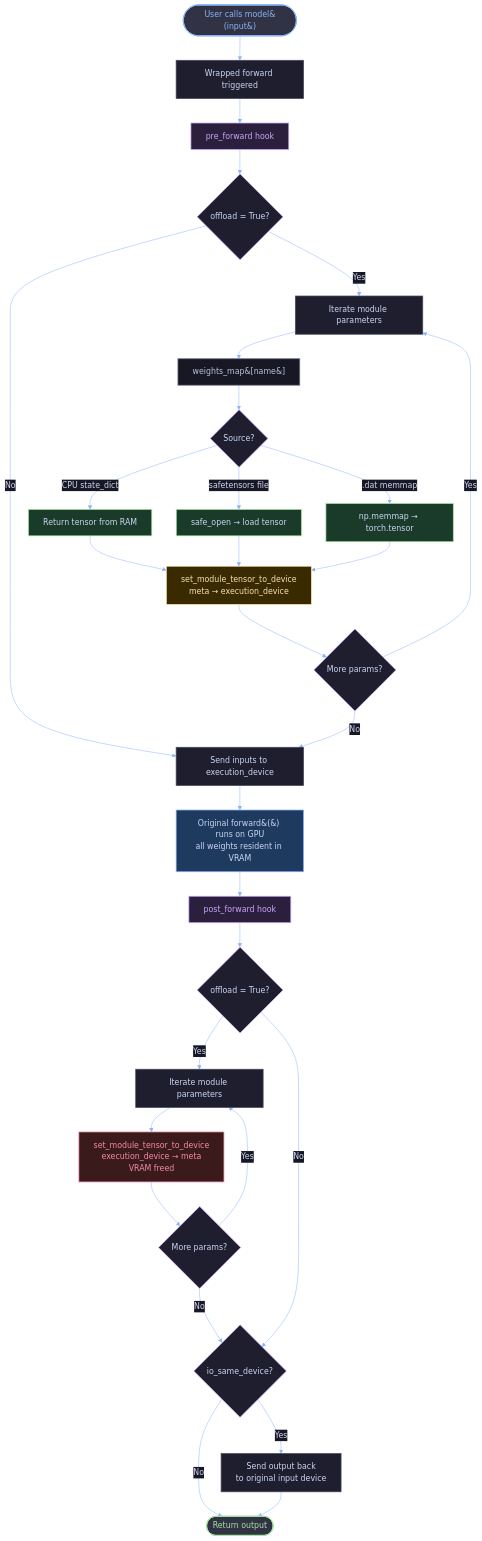
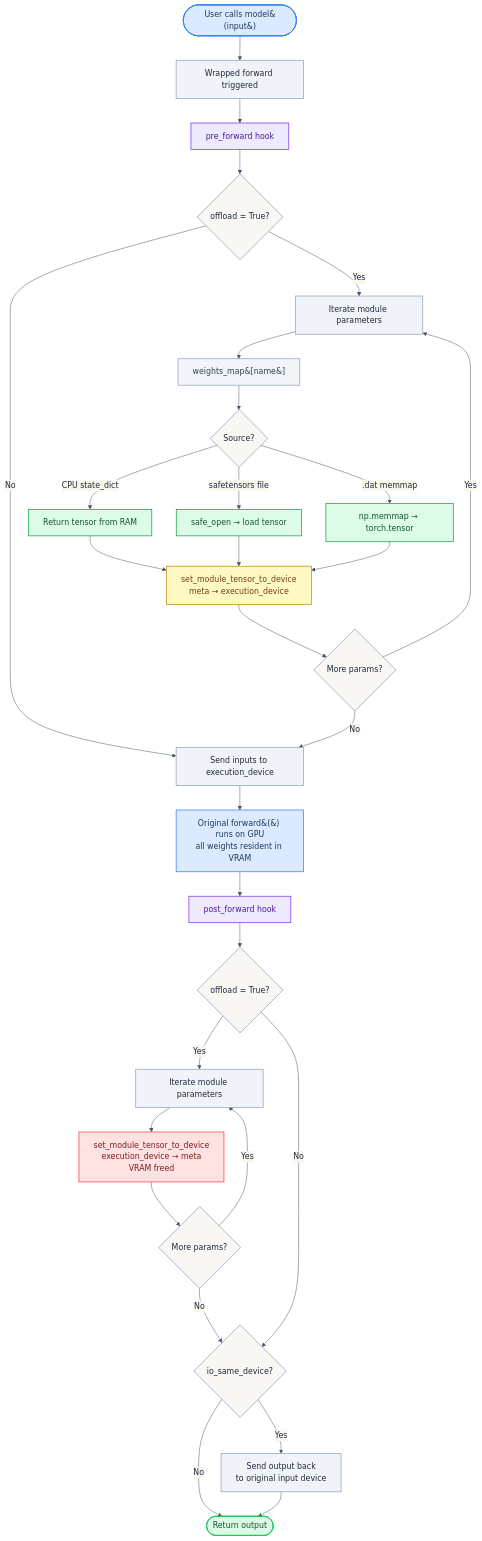
One commit to Pranshu258/Pranshu258.github.io changed the diagram in src/blogs/llmoptimizations/offload-chart.mmd. Above: the diagram before and after it, drawn with Mermaid. The commit also changed other lines of this file and 2 other files, not shown here.

Commit message:
updated chart

```diff
--- a/src/blogs/llmoptimizations/offload-chart.mmd
+++ b/src/blogs/llmoptimizations/offload-chart.mmd
@@ -1,46 +1,46 @@
-%%{init: {"theme": "base", "themeVariables": {"primaryColor": "#1e1e2e", "primaryTextColor": "#cdd6f4", "primaryBorderColor": "#45475a", "lineColor": "#89b4fa", "secondaryColor": "#181825", "tertiaryColor": "#1e1e2e", "background": "#181825", "mainBkg": "#1e1e2e", "nodeBorder": "#45475a", "clusterBkg": "#181825", "titleColor": "#cdd6f4", "edgeLabelBackground": "#181825", "edgeLabelColor": "#cdd6f4"}}}%%
+%%{init: {"theme": "base", "themeVariables": {"primaryColor": "#f0f4f8", "primaryTextColor": "#1e293b", "primaryBorderColor": "#94a3b8", "lineColor": "#475569", "secondaryColor": "#f8fafc", "tertiaryColor": "#f0f4f8", "background": "#f9f6ee", "mainBkg": "#f0f4f8", "nodeBorder": "#94a3b8", "clusterBkg": "#f8fafc", "titleColor": "#1e293b", "edgeLabelBackground": "#f9f6ee", "edgeLabelColor": "#1e293b"}}}%%
 flowchart TD
     A(["User calls model&#40;input&#41;"]):::start --> B[Wrapped forward triggered]:::process
     B --> C[pre_forward hook]:::hook
 
     C --> D{offload = True?}:::decision
     D -- No --> E[Send inputs to execution_device]:::process
     D -- Yes --> F[Iterate module parameters]:::process
 
     F --> G["weights_map&#91;name&#93;"]:::lookup
     G --> H{Source?}:::decision
     H -- CPU state_dict --> I[Return tensor from RAM]:::cpu
     H -- safetensors file --> J[safe_open → load tensor]:::cpu
     H -- .dat memmap --> K[np.memmap → torch.tensor]:::cpu
 
     I & J & K --> L["set_module_tensor_to_device<br/>meta → execution_device"]:::transfer
     L --> M{More params?}:::decision
     M -- Yes --> F
     M -- No --> E
 
     E --> N["Original forward&#40;&#41; runs on GPU<br/>all weights resident in VRAM"]:::gpu
 
     N --> O[post_forward hook]:::hook
     O --> P{offload = True?}:::decision
     P -- Yes --> Q[Iterate module parameters]:::process
     Q --> R["set_module_tensor_to_device<br/>execution_device → meta<br/>VRAM freed"]:::evict
     R --> S{More params?}:::decision
     S -- Yes --> Q
     S -- No --> T
     P -- No --> T
 
     T{io_same_device?}:::decision
     T -- Yes --> U["Send output back<br/>to original input device"]:::process
     T -- No --> V
     U --> V(["Return output"]):::finish
 
-    classDef start    fill:#313244,stroke:#89b4fa,color:#89b4fa,stroke-width:2px
-    classDef finish   fill:#313244,stroke:#a6e3a1,color:#a6e3a1,stroke-width:2px
-    classDef process  fill:#1e1e2e,stroke:#45475a,color:#cdd6f4,stroke-width:1.5px
-    classDef hook     fill:#2a1f3d,stroke:#cba6f7,color:#cba6f7,stroke-width:1.5px
-    classDef decision fill:#1e1e2e,stroke:#cba6f7,color:#cdd6f4,stroke-width:1.5px
-    classDef gpu      fill:#1e3a5f,stroke:#89b4fa,color:#cdd6f4,stroke-width:1.5px
-    classDef cpu      fill:#1a3a2a,stroke:#a6e3a1,color:#cdd6f4,stroke-width:1.5px
-    classDef transfer fill:#3a2a00,stroke:#f9e2af,color:#f9e2af,stroke-width:1.5px
-    classDef evict    fill:#3a1a1a,stroke:#f38ba8,color:#f38ba8,stroke-width:1.5px
-    classDef lookup   fill:#181825,stroke:#6c7086,color:#bac2de,stroke-width:1.5px
+    classDef start    fill:#dbeafe,stroke:#3b82f6,color:#1e3a5f,stroke-width:2px
+    classDef finish   fill:#dcfce7,stroke:#22c55e,color:#14532d,stroke-width:2px
+    classDef process  fill:#f0f4f8,stroke:#94a3b8,color:#1e293b,stroke-width:1.5px
+    classDef hook     fill:#ede9fe,stroke:#7c3aed,color:#4c1d95,stroke-width:1.5px
+    classDef decision fill:#f8f7f4,stroke:#94a3b8,color:#1e293b,stroke-width:1.5px
+    classDef gpu      fill:#dbeafe,stroke:#3b82f6,color:#1e3a5f,stroke-width:1.5px
+    classDef cpu      fill:#dcfce7,stroke:#16a34a,color:#14532d,stroke-width:1.5px
+    classDef transfer fill:#fef9c3,stroke:#ca8a04,color:#713f12,stroke-width:1.5px
+    classDef evict    fill:#fee2e2,stroke:#ef4444,color:#7f1d1d,stroke-width:1.5px
+    classDef lookup   fill:#f1f5f9,stroke:#94a3b8,color:#334155,stroke-width:1.5px
```
